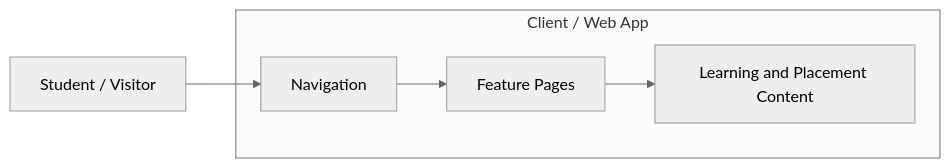
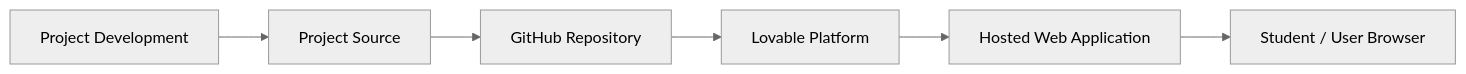
The fourth of 5 diagrams in README.md (Sreehitha24/PlacementHub), drawn with Mermaid (neutral theme) before and after one commit. The commit also changed other lines of this file, not shown here.

````diff
--- a/README.md
+++ b/README.md
@@ -73,12 +456,14 @@
 ```mermaid
 flowchart LR
-    subgraph Client["Client / Web App"]
-        NAV[Navigation]
-        PAGES[Feature Pages]
-        CONTENT[Learning and Placement Content]
-        NAV --> PAGES
-        PAGES --> CONTENT
-    end
 
-    STUDENT[Student / Visitor] --> NAV
+    A[Project Development]
+        --> B[Project Source]
+
+    B --> C[GitHub Repository]
+
+    C --> D[Lovable Platform]
+
+    D --> E[Hosted Web Application]
+
+    E --> F[Student / User Browser]
 ```
````
